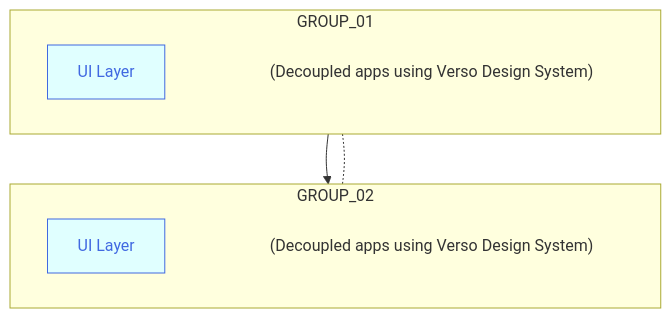
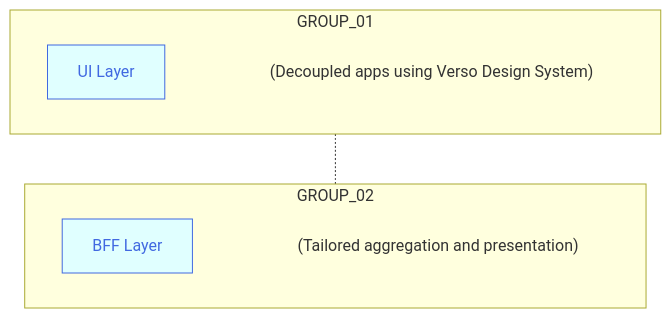
One commit to joe-dorward/samples changed the diagram in buttons_mermaid_v5.md. Above: the diagram before and after it, drawn with Mermaid.

````diff
--- a/buttons_mermaid_v5.md
+++ b/buttons_mermaid_v5.md
@@ -3,38 +3,39 @@
 ```mermaid
   %%{
     init: {
       "flowchart": { "markdownAutoWrap":"false", "textWrap":"false", "wrappingWidth": "100%" }
     }
   }%%
   flowchart TD
 
   classDef Button fill:lightcyan, stroke:royalblue, color:royalblue;
   classDef Note fill:transparent, stroke-width:0px
   %% ---------- ---------- ---------- ---------- ---------- ---------- ---------- ---------- ---------- ----------
   subgraph GROUP_01
     direction LR
 
     BUTTON_01_NOTE["(Decoupled apps using Verso Design System)"]:::Note
     BUTTON_01["UI Layer"]:::Button
     click BUTTON_01 "https://en.wikipedia.org/wiki/Main_Page" _blank
 
     BUTTON_01~~~
     BUTTON_01_NOTE
   end
-
+  %% ---------- ---------- ---------- ---------- ---------- ---------- ---------- ---------- ---------- ----------
   subgraph GROUP_02
     direction LR
 
-    BUTTON_02_NOTE["(Decoupled apps using Verso Design System)"]:::Note
-    BUTTON_02["UI Layer"]:::Button
+    BUTTON_02_NOTE["(Tailored aggregation and presentation)"]:::Note
+    BUTTON_02["BFF Layer"]:::Button
     click BUTTON_02 "https://en.wikipedia.org/wiki/Main_Page" _blank
 
     BUTTON_02~~~
     BUTTON_02_NOTE
   end
+  %% ---------- ---------- ---------- ---------- ---------- ---------- ---------- ---------- ---------- ----------
 
 GROUP_01-.-GROUP_02
 
-BUTTON_01-->BUTTON_02
+%%BUTTON_01-->BUTTON_02
 
 ```
````
